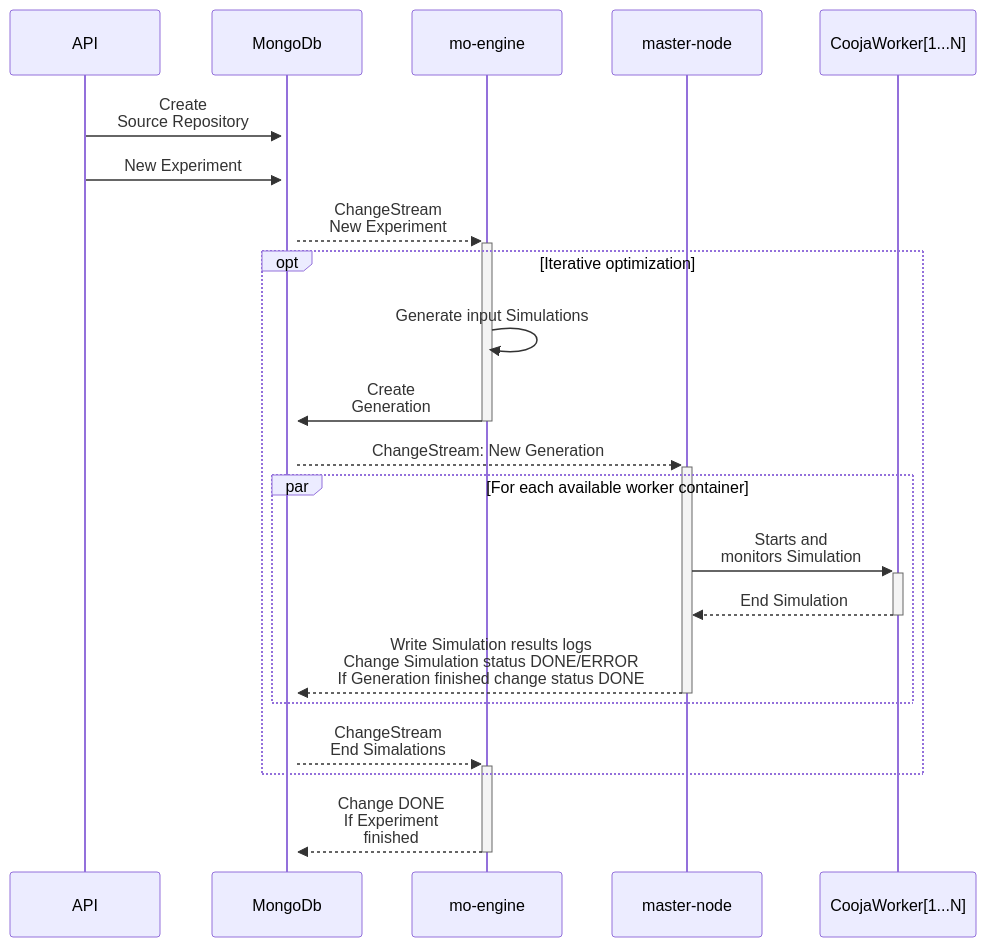
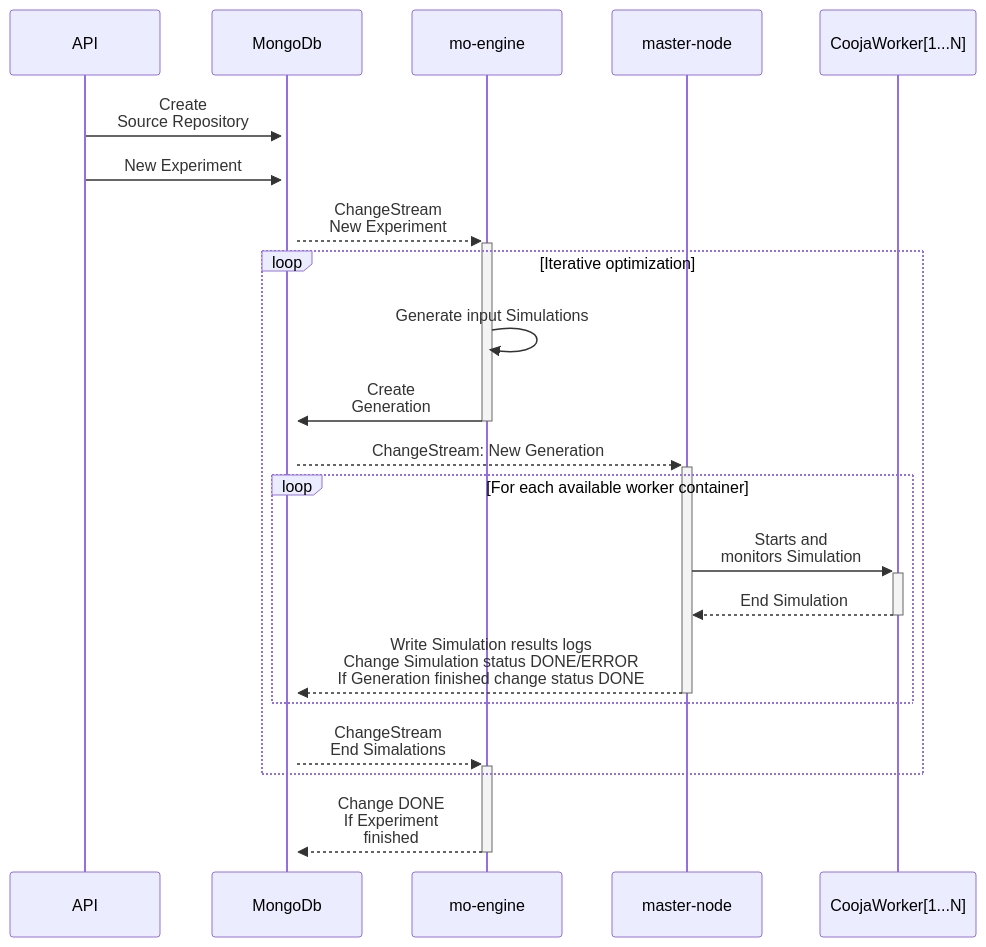
Before and after one commit to JunioCesarFerreira/simlab: the diagram in README.md, drawn with Mermaid. The commit also changed 1 other file, not shown here.

Commit message:
docs: README update

````diff
--- a/README.md
+++ b/README.md
@@ -63,21 +63,21 @@
 ```mermaid
 sequenceDiagram
     API->>+MongoDb: Create<br/>Source Repository
     API->>+MongoDb: New Experiment
     
     MongoDb-->>+mo-engine: ChangeStream<br/>New Experiment
     
-    opt Iterative optimization
+    loop Iterative optimization
         mo-engine->>mo-engine: Generate input Simulations
         mo-engine->>-MongoDb: Create<br/>Generation
         
         MongoDb-->>+master-node: ChangeStream: New Generation
-        par For each available worker container
+        loop For each available worker container
             master-node->>+CoojaWorker[1...N]: Starts and<br/>monitors Simulation
             CoojaWorker[1...N]-->>-master-node: End Simulation              
             master-node-->>-MongoDb: Write Simulation results logs<br/>Change Simulation status DONE/ERROR<br/>If Generation finished change status DONE
         end
         MongoDb-->>+mo-engine: ChangeStream<br/>End Simalations 
     end
     mo-engine-->>-MongoDb: Change DONE<br/>If Experiment<br/>finished
 ```
````
